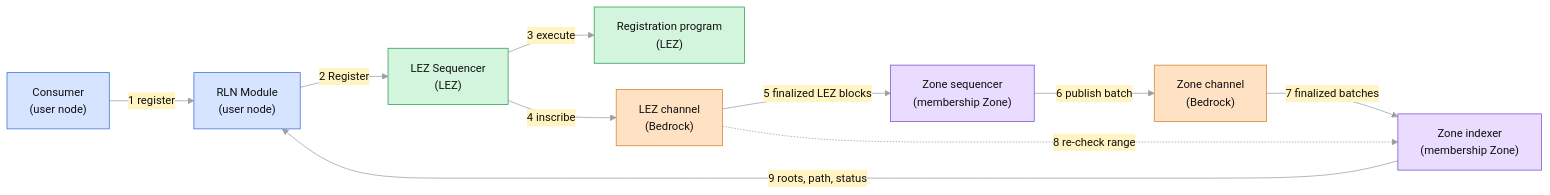
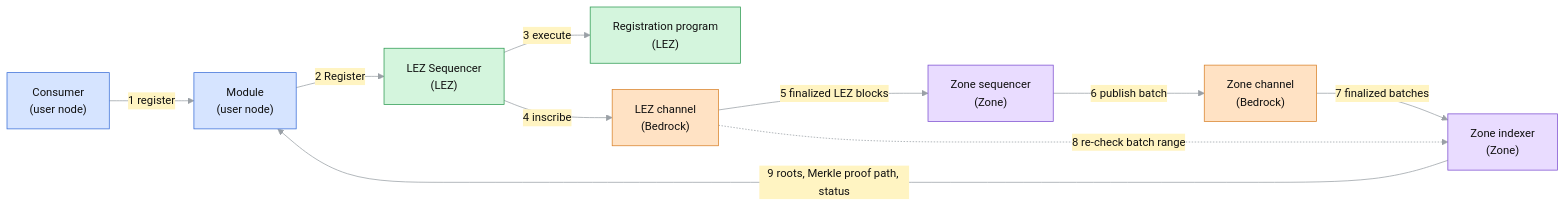
One commit to logos-co/logos-rln-membership-zone changed the first of 8 diagrams in docs/rfc-rln-membership-zone.md. Above: the diagram before and after it, drawn with Mermaid. The commit also changed other lines of this file, not shown here.

````diff
--- a/docs/rfc-rln-membership-zone.md
+++ b/docs/rfc-rln-membership-zone.md
@@ -180,22 +201,22 @@
 ```mermaid
 %%{init: {"theme": "base", "flowchart": {"nodeSpacing": 35, "rankSpacing": 50}, "themeVariables": {"lineColor": "#9aa0a6", "primaryTextColor": "#111111", "edgeLabelBackground": "#fff4c2", "fontSize": "15px"}}}%%
 flowchart LR
-    APP["Consumer<br/>(user node)"] -->|"1 register"| MOD["RLN Module<br/>(user node)"]
+    APP["Consumer<br/>(user node)"] -->|"1 register"| MOD["Module<br/>(user node)"]
     MOD -->|"2 Register"| LSEQ["LEZ Sequencer<br/>(LEZ)"]
     LSEQ -->|"3 execute"| PROG["Registration program<br/>(LEZ)"]
     LSEQ -->|"4 inscribe"| LCH["LEZ channel<br/>(Bedrock)"]
-    LCH -->|"5 finalized LEZ blocks"| ZSEQ["Zone sequencer<br/>(membership Zone)"]
+    LCH -->|"5 finalized LEZ blocks"| ZSEQ["Zone sequencer<br/>(Zone)"]
     ZSEQ -->|"6 publish batch"| ZCH["Zone channel<br/>(Bedrock)"]
-    ZCH -->|"7 finalized batches"| IDX["Zone indexer<br/>(membership Zone)"]
-    LCH -.->|"8 re-check range"| IDX
-    IDX -->|"9 roots, path, status"| MOD
+    ZCH -->|"7 finalized batches"| IDX["Zone indexer<br/>(Zone)"]
+    LCH -.->|"8 re-check batch range"| IDX
+    IDX -->|"9 roots, Merkle proof path, status"| MOD
 
     classDef user fill:#d6e4ff,stroke:#3b6fd8,color:#111111
     classDef lez fill:#d4f5dd,stroke:#2e9b52,color:#111111
     classDef l1 fill:#ffe2c4,stroke:#d9822b,color:#111111
     classDef zone fill:#e9dcff,stroke:#7d4fd1,color:#111111
     class APP,MOD user
     class LSEQ,PROG lez
     class LCH,ZCH l1
     class ZSEQ,IDX zone
 ```
````
